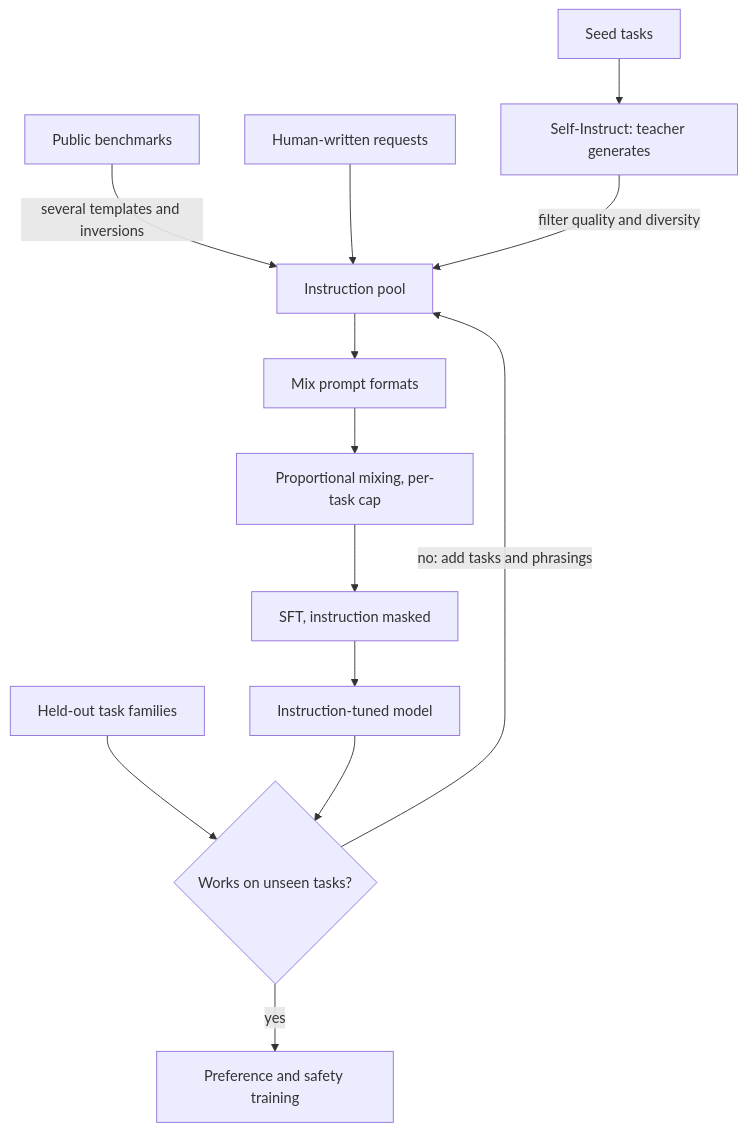
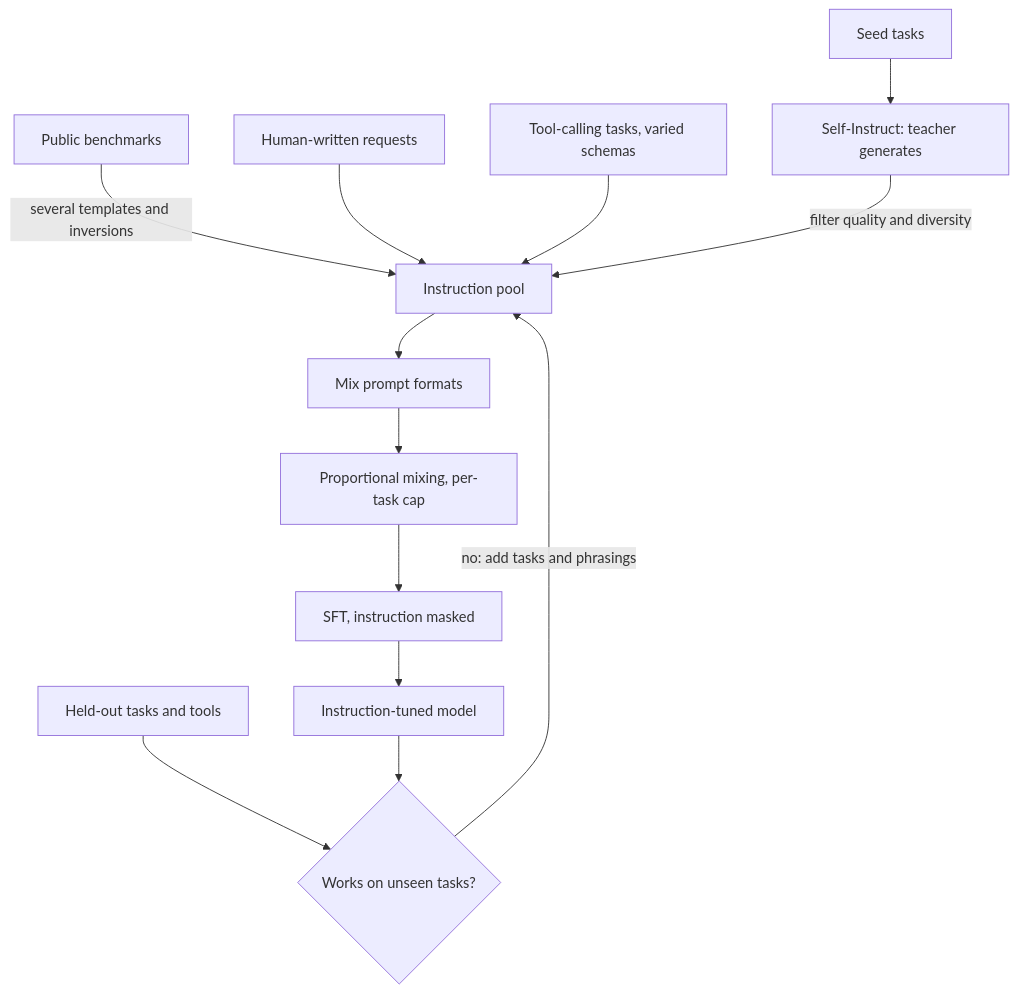
The diagram in content/training-adaptation/instruction-tuning.md (lovishmahajan97/agentic-learning), drawn with Mermaid before and after one commit. The commit also changed other lines of this file and 266 other files, not shown here.

````diff
--- a/content/training-adaptation/instruction-tuning.md
+++ b/content/training-adaptation/instruction-tuning.md
@@ -109,15 +126,15 @@
 ```mermaid
 flowchart TD
     BM["Public benchmarks"] -->|"several templates and inversions"| P["Instruction pool"]
     HW["Human-written requests"] --> P
+    TC["Tool-calling tasks, varied schemas"] --> P
     SD["Seed tasks"] --> SI["Self-Instruct: teacher generates"]
     SI -->|"filter quality and diversity"| P
     P --> MX["Mix prompt formats"]
     MX --> CAP["Proportional mixing, per-task cap"]
     CAP --> SFT["SFT, instruction masked"]
     SFT --> IT["Instruction-tuned model"]
-    HO["Held-out task families"] --> EV{"Works on unseen tasks?"}
+    HO["Held-out tasks and tools"] --> EV{"Works on unseen tasks?"}
     IT --> EV
     EV -->|"no: add tasks and phrasings"| P
-    EV -->|"yes"| NX["Preference and safety training"]
 ```
````
